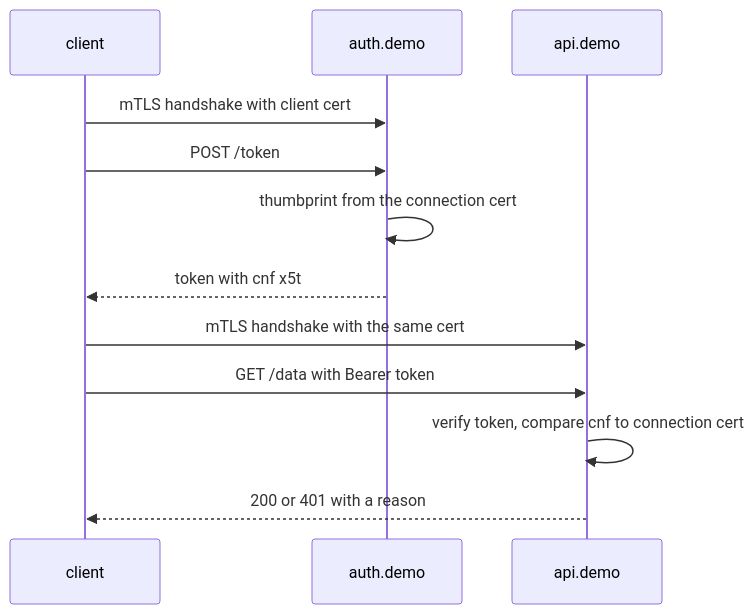
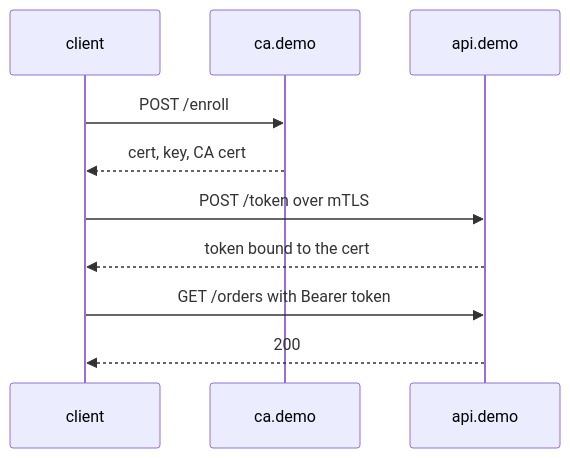
The diagram in docs/guide.md (iamashraf/service-service-mtls), drawn with Mermaid before and after one commit. The commit also changed other lines of this file, not shown here.

````diff
--- a/docs/guide.md
+++ b/docs/guide.md
@@ -41,14 +75,12 @@
 ```mermaid
 sequenceDiagram
     participant client
-    participant auth.demo
+    participant ca.demo
     participant api.demo
-    client->>auth.demo: mTLS handshake with client cert
-    client->>auth.demo: POST /token
-    auth.demo->>auth.demo: thumbprint from the connection cert
-    auth.demo-->>client: token with cnf x5t#S256
-    client->>api.demo: mTLS handshake with the same cert
-    client->>api.demo: GET /data with Bearer token
-    api.demo->>api.demo: verify token, compare cnf to connection cert
-    api.demo-->>client: 200 or 401 with a reason
+    client->>ca.demo: POST /enroll
+    ca.demo-->>client: cert, key, CA cert
+    client->>api.demo: POST /token over mTLS
+    api.demo-->>client: token bound to the cert
+    client->>api.demo: GET /orders with Bearer token
+    api.demo-->>client: 200
 ```
````
